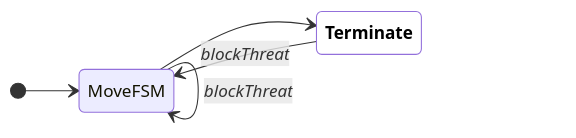
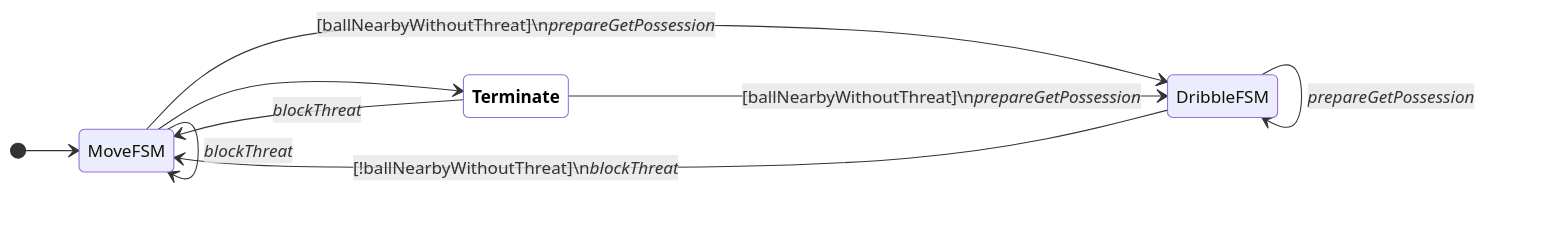
Before and after one commit to UBC-Thunderbots/Software: diagram 13 of 24 in docs/fsm-diagrams.md, drawn with Mermaid. The commit also changed 25 other files, not shown here.

````diff
--- a/docs/fsm-diagrams.md
+++ b/docs/fsm-diagrams.md
@@ -212,11 +212,15 @@
 ```mermaid
 
 stateDiagram-v2
 classDef terminate fill:white,color:black,font-weight:bold
 direction LR
 [*] --> MoveFSM
+MoveFSM --> DribbleFSM : [ballNearbyWithoutThreat]\n<i>prepareGetPossession</i>
 MoveFSM --> MoveFSM : <i>blockThreat</i>
 MoveFSM --> Terminate:::terminate
+DribbleFSM --> MoveFSM : [!ballNearbyWithoutThreat]\n<i>blockThreat</i>
+DribbleFSM --> DribbleFSM : <i>prepareGetPossession</i>
+Terminate:::terminate --> DribbleFSM : [ballNearbyWithoutThreat]\n<i>prepareGetPossession</i>
 Terminate:::terminate --> MoveFSM : <i>blockThreat</i>
 
 ```
````
